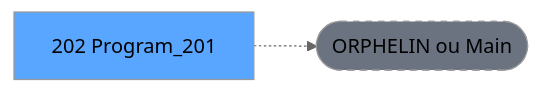
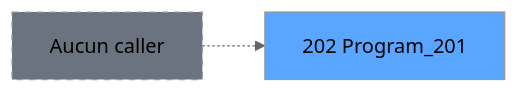
The second of 3 diagrams in .openspec/specs/ADH-IDE-202.md (thonyAGP/lecteur-magic), drawn with Mermaid (neutral theme) before and after one commit. The commit also changed other lines of this file and 96 other files, not shown here.

````diff
--- a/.openspec/specs/ADH-IDE-202.md
+++ b/.openspec/specs/ADH-IDE-202.md
@@ -117,8 +104,8 @@
 ```mermaid
 graph LR
-    T[202 Program_201]
-    ORPHAN([ORPHELIN ou Main])
-    T -.-> ORPHAN
-    style T fill:#58a6ff,color:#000
-    style ORPHAN fill:#6b7280,stroke-dasharray: 5 5
+    T202[202 Program_201]
+    style T202 fill:#58a6ff
+    NONE[Aucun caller]
+    NONE -.-> T202
+    style NONE fill:#6b7280,stroke-dasharray: 5 5
 ```
````
